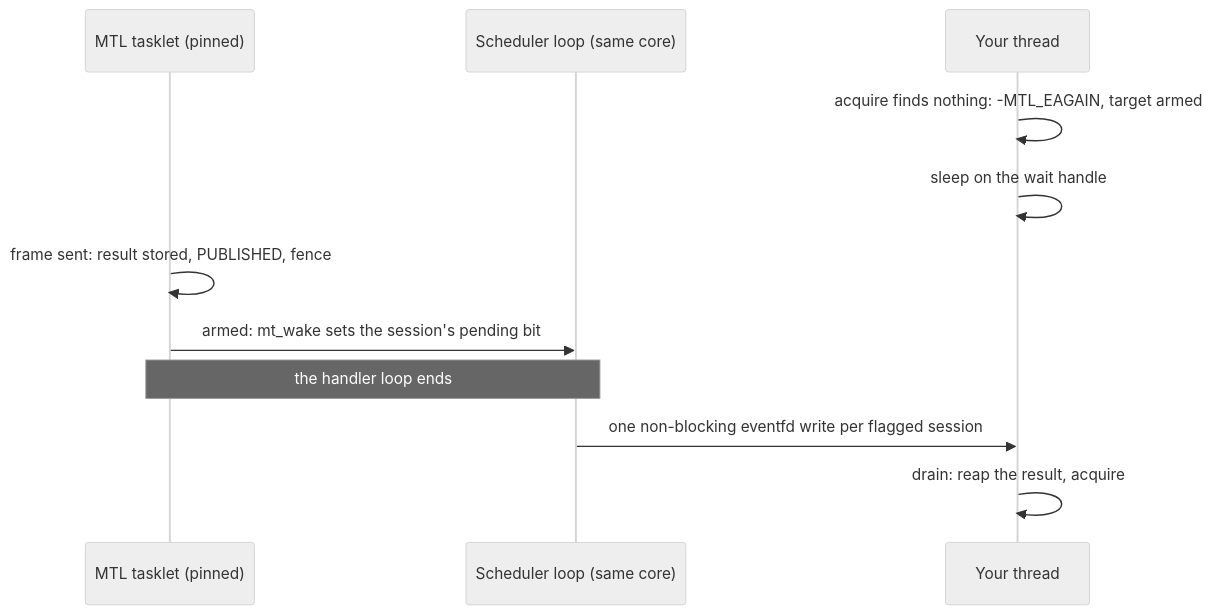
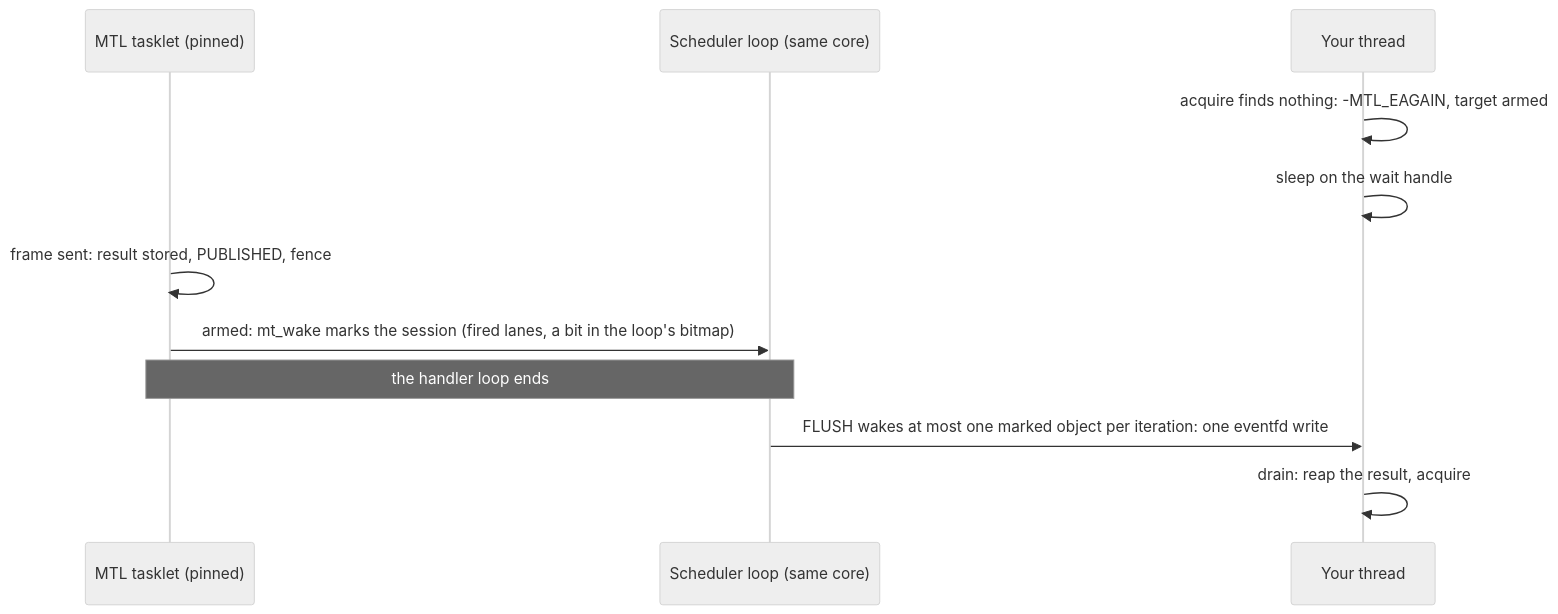
One commit to Sakoram/Media-Transport-Library changed diagram 18 of 56 in doc/unified-api/diagrams.md. Above: the diagram before and after it, drawn with Mermaid (neutral theme). The commit also changed other lines of this file and 53 other files, not shown here.

````diff
--- a/doc/unified-api/diagrams.md
+++ b/doc/unified-api/diagrams.md
@@ -487,13 +488,13 @@
 ```mermaid
 sequenceDiagram
     participant T as MTL tasklet (pinned)
     participant L as Scheduler loop (same core)
     participant A as Your thread
     A->>A: acquire finds nothing: -MTL_EAGAIN, target armed
     A->>A: sleep on the wait handle
     T->>T: frame sent: result stored, PUBLISHED, fence
-    T->>L: armed: mt_wake sets the session's pending bit
+    T->>L: armed: mt_wake marks the session (fired lanes, a bit in the loop's bitmap)
     Note over T,L: the handler loop ends
-    L->>A: one non-blocking eventfd write per flagged session
+    L->>A: FLUSH wakes at most one marked object per iteration: one eventfd write
     A->>A: drain: reap the result, acquire
 ```
````
